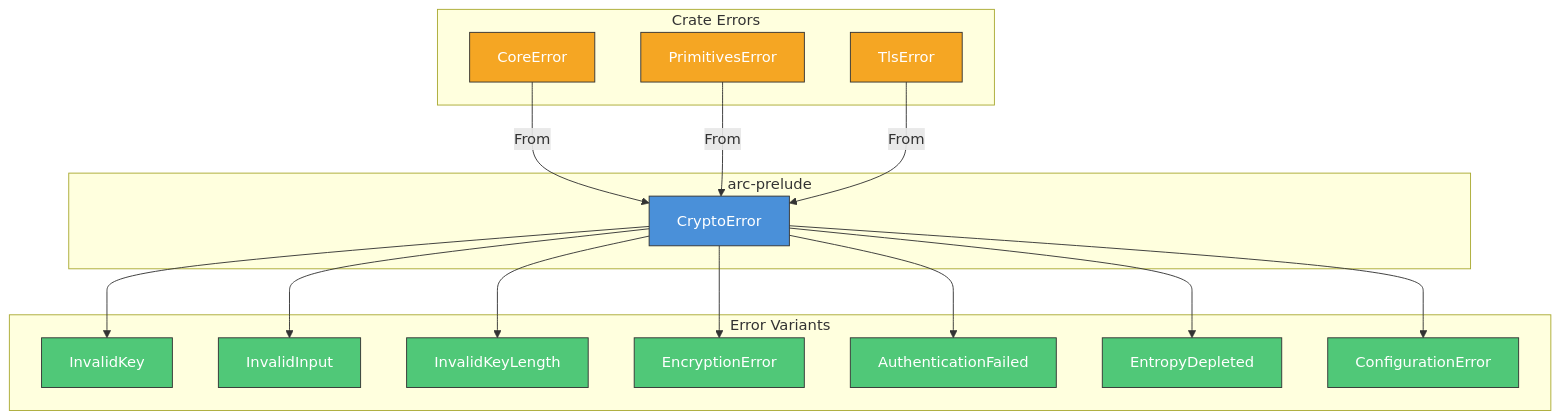
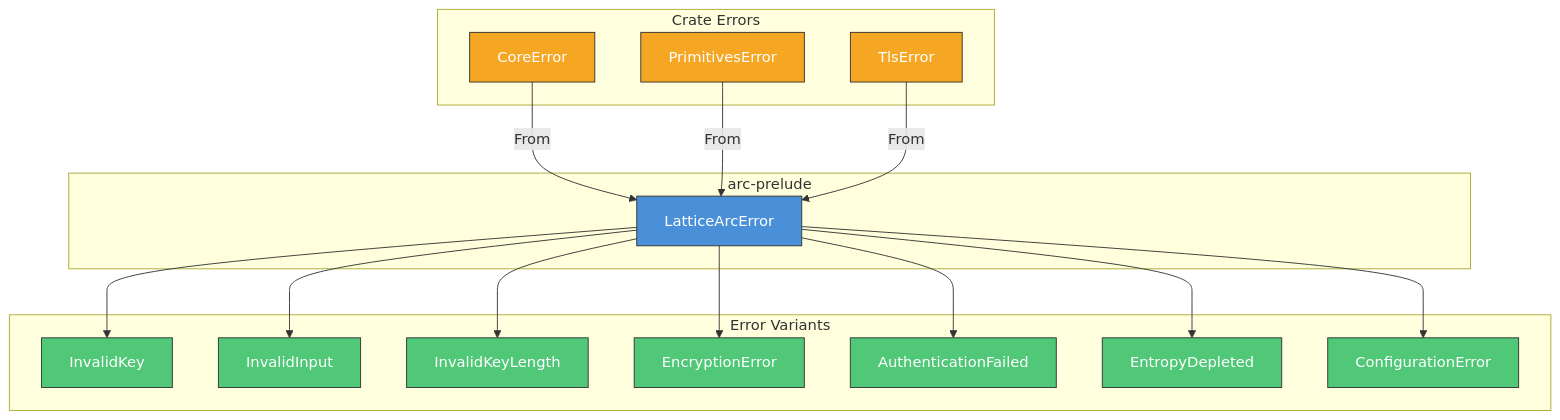
The ninth of 11 diagrams in docs/DESIGN.md (LatticeArc/latticearc), drawn with Mermaid before and after one commit. The commit also changed other lines of this file and 6 other files, not shown here.

````diff
--- a/docs/DESIGN.md
+++ b/docs/DESIGN.md
@@ -510,42 +510,42 @@
 ```mermaid
 graph TD
     subgraph "arc-prelude"
-        CE[CryptoError]
+        CE[LatticeArcError]
     end
 
     subgraph "Error Variants"
         IK[InvalidKey]
         II[InvalidInput]
         KL[InvalidKeyLength]
         EF[EncryptionError]
         AF[AuthenticationFailed]
         ED[EntropyDepleted]
         CF[ConfigurationError]
     end
 
     subgraph "Crate Errors"
         CORE_E[CoreError]
         PRIM_E[PrimitivesError]
         TLS_E[TlsError]
     end
 
     CE --> IK
     CE --> II
     CE --> KL
     CE --> EF
     CE --> AF
     CE --> ED
     CE --> CF
 
     CORE_E -->|"From"| CE
     PRIM_E -->|"From"| CE
     TLS_E -->|"From"| CE
 
     classDef base fill:#4a90d9,stroke:#333,color:#fff
     classDef variant fill:#50c878,stroke:#333,color:#fff
     classDef crate fill:#f5a623,stroke:#333,color:#fff
 
     class CE base
     class IK,II,KL,EF,AF,ED,CF variant
     class CORE_E,PRIM_E,TLS_E crate
 ```
````
